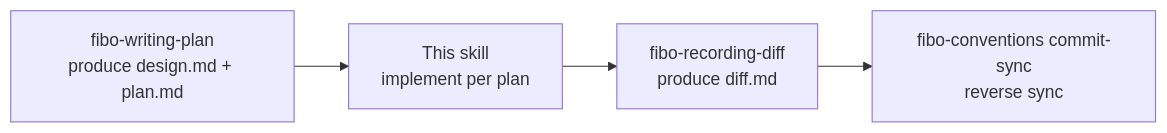
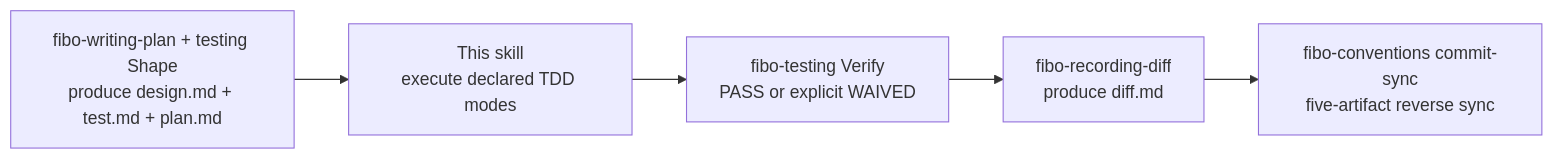
Before and after one commit to Alenkz12/FiboSkills: the third of 3 diagrams in fibo-executing-plan/SKILL.md, drawn with Mermaid. The commit also changed other lines of this file and 96 other files, not shown here.

````diff
--- a/fibo-executing-plan/SKILL.md
+++ b/fibo-executing-plan/SKILL.md
@@ -161,6 +253,7 @@
 ```mermaid
 flowchart LR
-  A[fibo-writing-plan<br/>produce design.md + plan.md] --> B[This skill<br/>implement per plan]
-  B --> C[fibo-recording-diff<br/>produce diff.md]
-  C --> D[fibo-conventions commit-sync<br/>reverse sync]
+  writing_plan_001["fibo-writing-plan + testing Shape<br/>produce design.md + test.md + plan.md"] --> executing_plan_002["This skill<br/>execute declared TDD modes"]
+  executing_plan_002 --> final_verify_003["fibo-testing Verify<br/>PASS or explicit WAIVED"]
+  final_verify_003 --> recording_diff_004["fibo-recording-diff<br/>produce diff.md"]
+  recording_diff_004 --> convention_sync_005["fibo-conventions commit-sync<br/>five-artifact reverse sync"]
 ```
````
